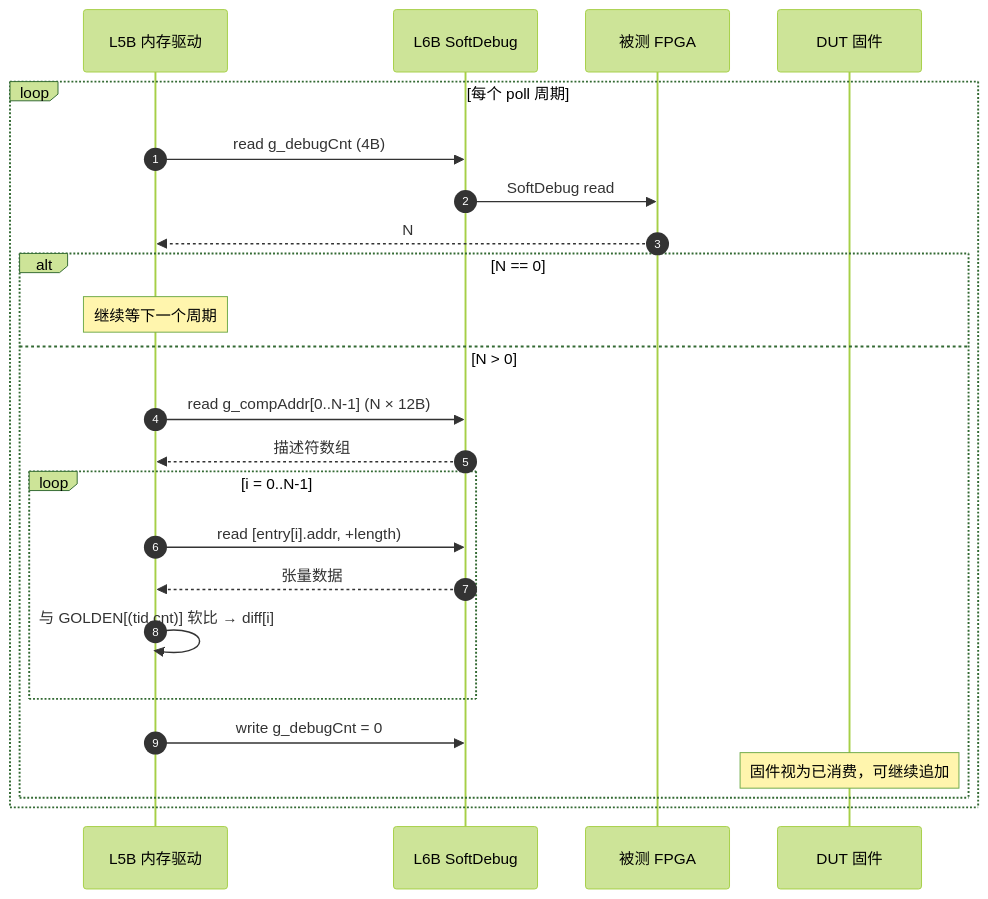
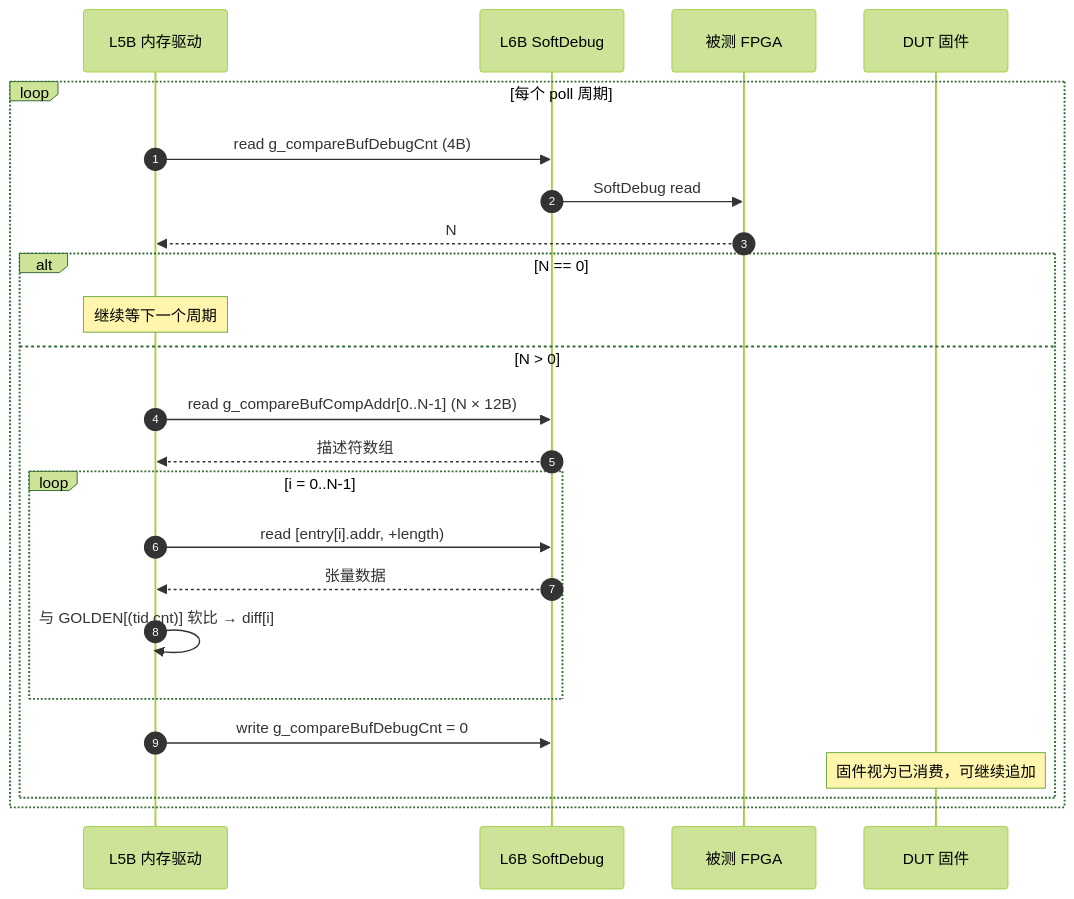
The second of 8 diagrams in projects/ai-docs/06b_子wiki_原型测试环境详设.md (xshii/aihelper), drawn with Mermaid (forest theme) before and after one commit. The commit also changed other lines of this file and 1 other file, not shown here.

````diff
--- a/projects/ai-docs/06b_子wiki_原型测试环境详设.md
+++ b/projects/ai-docs/06b_子wiki_原型测试环境详设.md
@@ -160,27 +162,27 @@
 ```mermaid
 sequenceDiagram
     autonumber
     participant L5B as L5B 内存驱动
     participant SD as L6B SoftDebug
     participant DUT as 被测 FPGA
     participant FW as DUT 固件
 
     loop 每个 poll 周期
-        L5B->>SD: read g_debugCnt (4B)
+        L5B->>SD: read g_compareBufDebugCnt (4B)
         SD->>DUT: SoftDebug read
         DUT-->>L5B: N
         alt N == 0
             Note over L5B: 继续等下一个周期
         else N > 0
-            L5B->>SD: read g_compAddr[0..N-1] (N × 12B)
+            L5B->>SD: read g_compareBufCompAddr[0..N-1] (N × 12B)
             SD-->>L5B: 描述符数组
             loop i = 0..N-1
                 L5B->>SD: read [entry[i].addr, +length)
                 SD-->>L5B: 张量数据
                 L5B->>L5B: 与 GOLDEN[(tid,cnt)] 软比 → diff[i]
             end
-            L5B->>SD: write g_debugCnt = 0
+            L5B->>SD: write g_compareBufDebugCnt = 0
             Note over FW: 固件视为已消费，可继续追加
         end
     end
 ```
````
